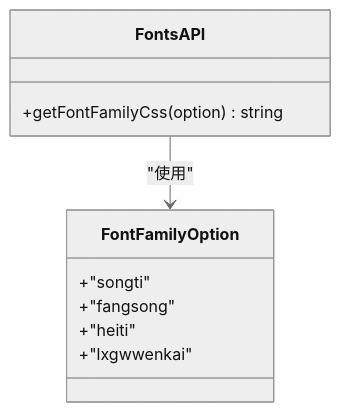
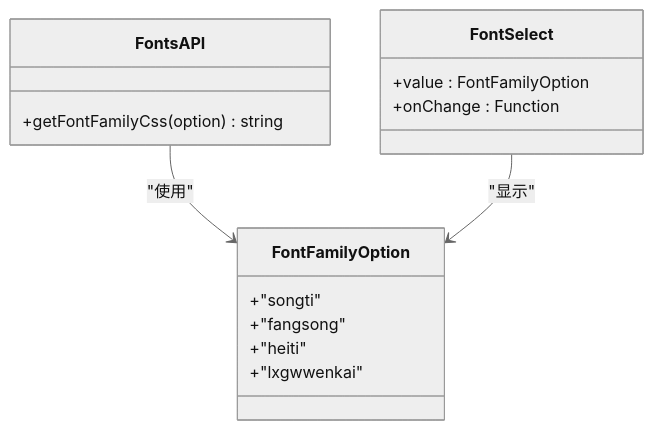
One commit to ZhongXiandou/markdown2view changed the sixth of 11 diagrams in .qoder/repowiki/zh/content/API参考/工具函数API.md. Above: the diagram before and after it, drawn with Mermaid (neutral theme). The commit also changed other lines of this file and 21 other files, not shown here.

````diff
--- a/.qoder/repowiki/zh/content/API参考/工具函数API.md
+++ b/.qoder/repowiki/zh/content/API参考/工具函数API.md
@@ -283,13 +294,18 @@
 ```mermaid
 classDiagram
 class FontFamilyOption {
 +"songti"
 +"fangsong"
 +"heiti"
 +"lxgwwenkai"
 }
 class FontsAPI {
 +getFontFamilyCss(option) string
 }
+class FontSelect {
++value : FontFamilyOption
++onChange : Function
+}
 FontsAPI --> FontFamilyOption : "使用"
+FontSelect --> FontFamilyOption : "显示"
 ```
````
